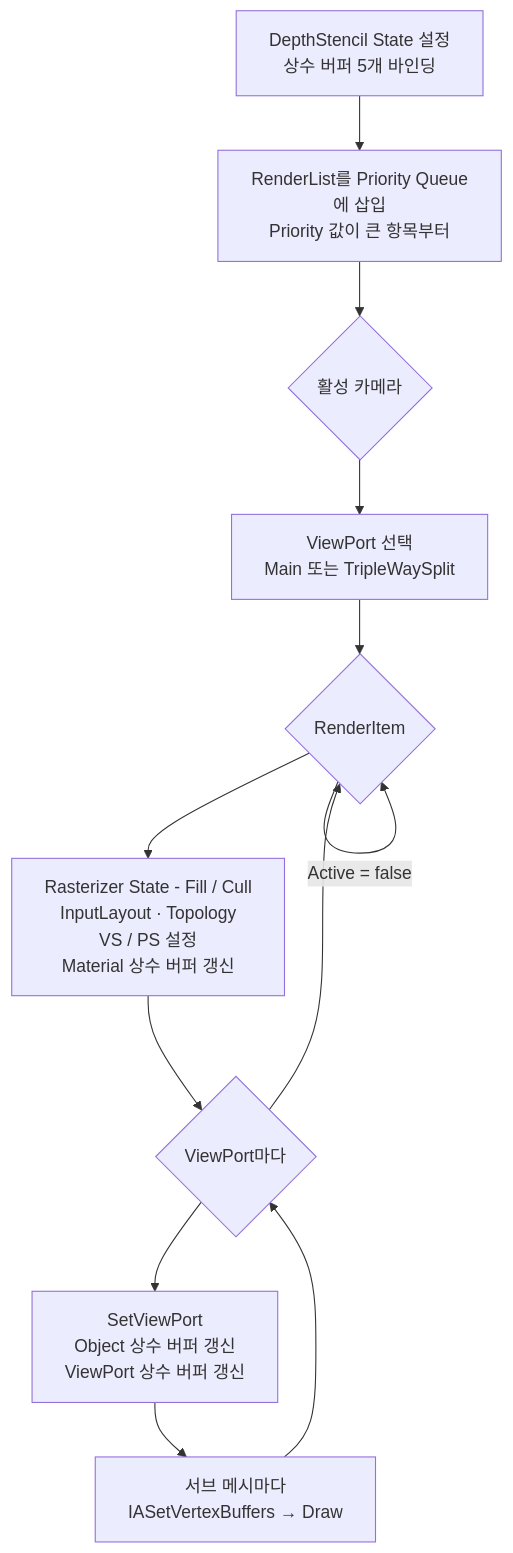
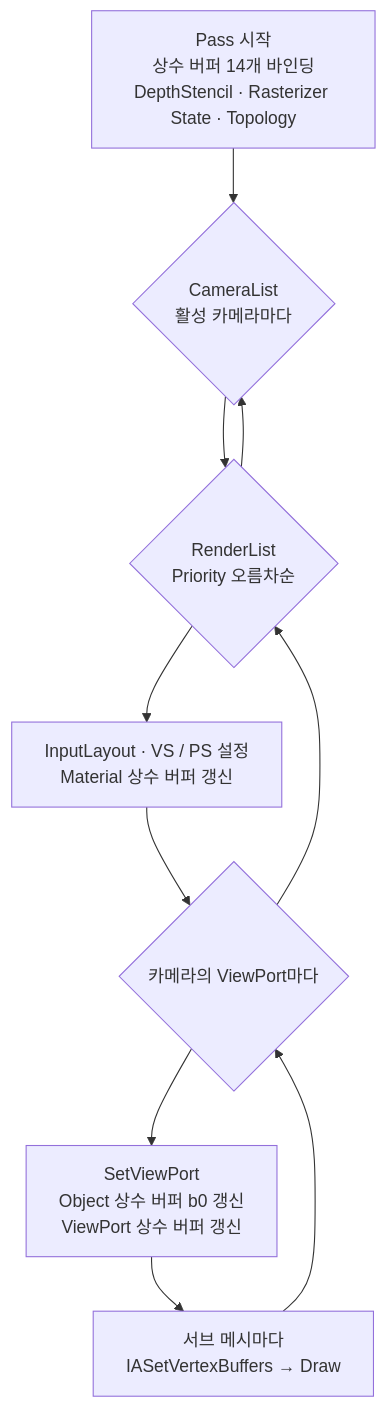
One commit to Gat-Young/ForestPearlEngine changed the eighth of 11 diagrams in README.md. Above: the diagram before and after it, drawn with Mermaid. The commit also changed other lines of this file and 2 other files, not shown here.

````diff
--- a/README.md
+++ b/README.md
@@ -550,14 +699,12 @@
 ```mermaid
 flowchart TD
-    S["DepthStencil State 설정<br/>상수 버퍼 5개 바인딩"] --> Q["RenderList를 Priority Queue에 삽입<br/>Priority 값이 큰 항목부터"]
-    Q --> C{"활성 카메라"}
-    C --> V["ViewPort 선택<br/>Main 또는 TripleWaySplit"]
-    V --> I{"RenderItem"}
-    I -->|"Active = false"| I
-    I --> ST["Rasterizer State - Fill / Cull<br/>InputLayout · Topology<br/>VS / PS 설정<br/>Material 상수 버퍼 갱신"]
-    ST --> VPL{"ViewPort마다"}
-    VPL --> MVP["SetViewPort<br/>Object 상수 버퍼 갱신<br/>ViewPort 상수 버퍼 갱신"]
+    S["Pass 시작<br/>상수 버퍼 14개 바인딩<br/>DepthStencil · Rasterizer State · Topology"] --> C{"CameraList<br/>활성 카메라마다"}
+    C --> I{"RenderList<br/>Priority 오름차순"}
+    I --> ST["InputLayout · VS / PS 설정<br/>Material 상수 버퍼 갱신"]
+    ST --> VPL{"카메라의 ViewPort마다"}
+    VPL --> MVP["SetViewPort<br/>Object 상수 버퍼 b0 갱신<br/>ViewPort 상수 버퍼 갱신"]
     MVP --> DR["서브 메시마다<br/>IASetVertexBuffers → Draw"]
     DR --> VPL
     VPL --> I
+    I --> C
 ```
````
